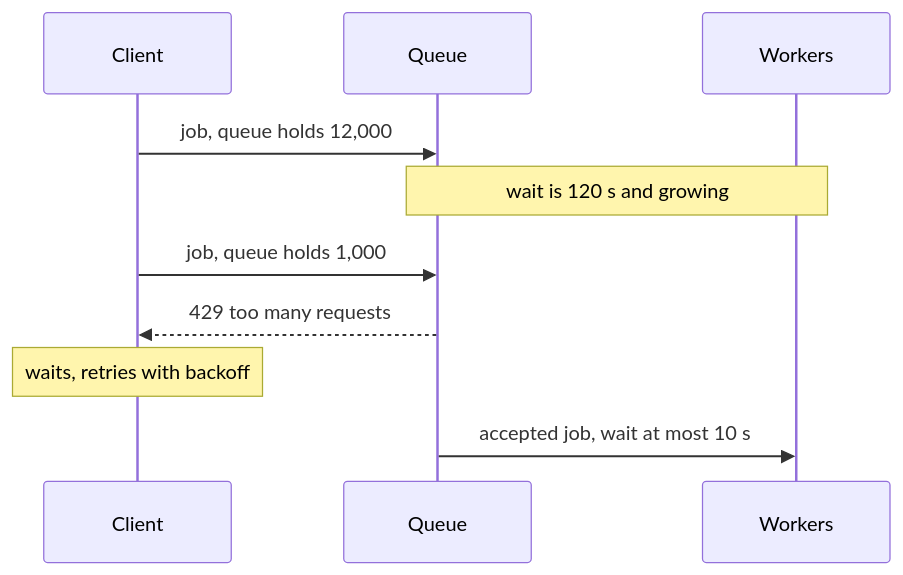
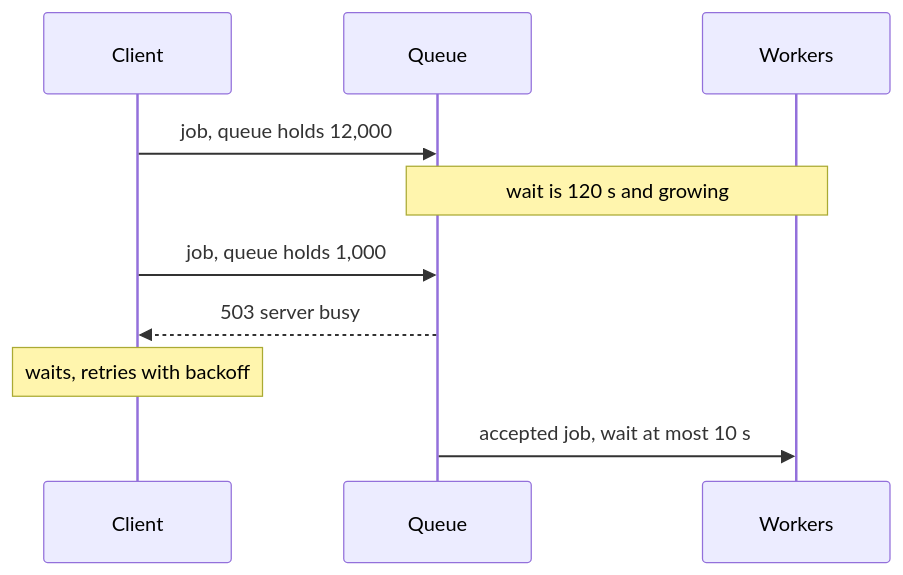
The ninth of 12 diagrams in site/authored/sd/async.md (pravnyadv/dev-essentials), drawn with Mermaid before and after one commit. The commit also changed other lines of this file and 66 other files, not shown here.

````diff
--- a/site/authored/sd/async.md
+++ b/site/authored/sd/async.md
@@ -353,12 +357,12 @@
 ```mermaid The same overload, unbounded versus bounded: only the bounded queue keeps waits short
 sequenceDiagram
   participant C as Client
   participant Q as Queue
   participant W as Workers
   C->>Q: job, queue holds 12,000
   Note over Q,W: wait is 120 s and growing
   C->>Q: job, queue holds 1,000
-  Q-->>C: 429 too many requests
+  Q-->>C: 503 server busy
   Note over C: waits, retries with backoff
   Q->>W: accepted job, wait at most 10 s
 ```
````
